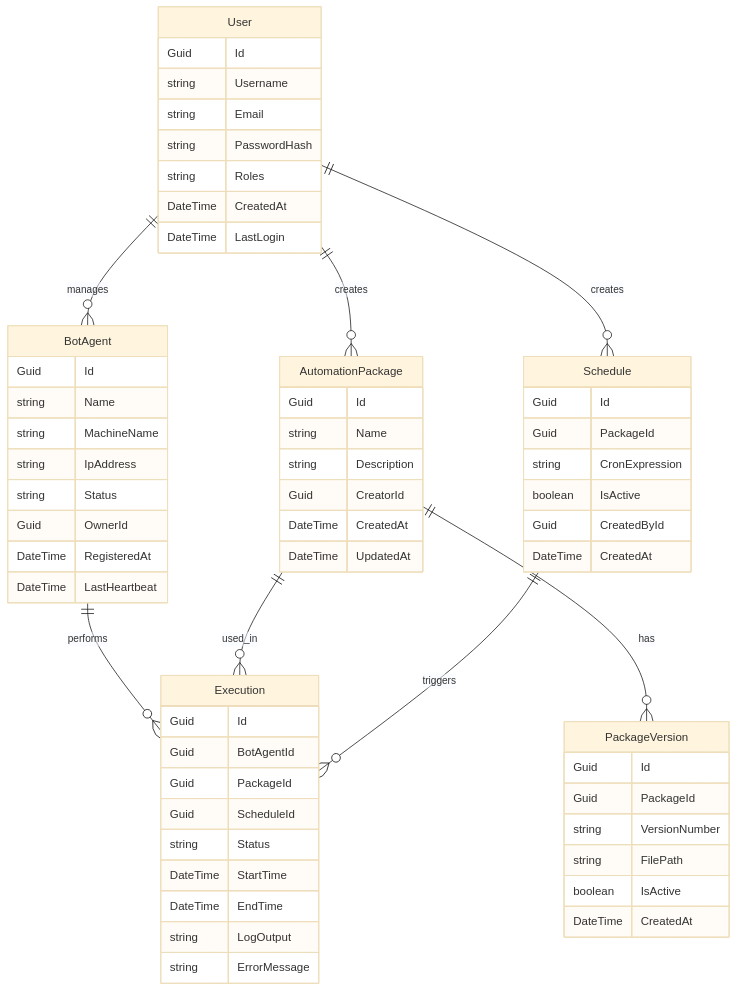
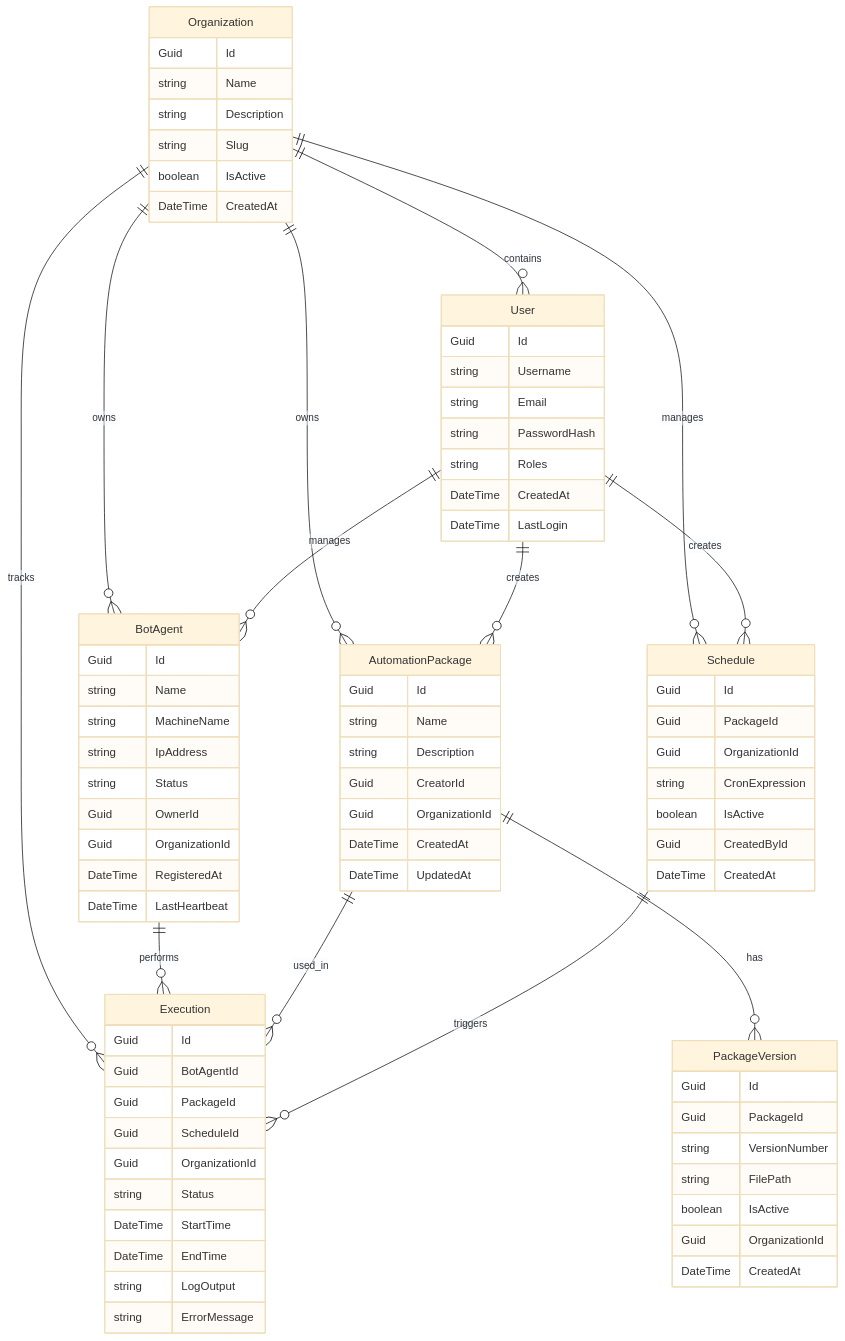
One commit to OpenAutomateOrg/OpenAutomate.Backend changed the second of 4 diagrams in Documentation/TechnicalDesignDocument.md. Above: the diagram before and after it, drawn with Mermaid (base theme). The commit also changed other lines of this file and 42 other files, not shown here.

````diff
--- a/Documentation/TechnicalDesignDocument.md
+++ b/Documentation/TechnicalDesignDocument.md
@@ -40,5 +86,10 @@
 ```mermaid
 erDiagram
+    Organization ||--o{ User : contains
+    Organization ||--o{ BotAgent : owns
+    Organization ||--o{ AutomationPackage : owns
+    Organization ||--o{ Execution : tracks
+    Organization ||--o{ Schedule : manages
     User ||--o{ BotAgent : manages
     User ||--o{ AutomationPackage : creates
     User ||--o{ Schedule : creates
@@ -46,6 +97,15 @@
     BotAgent ||--o{ Execution : performs
     AutomationPackage ||--o{ Execution : used_in
     Schedule ||--o{ Execution : triggers
+    
+    Organization {
+        Guid Id
+        string Name
+        string Description
+        string Slug
+        boolean IsActive
+        DateTime CreatedAt
+    }
     
     User {
         Guid Id
@@ -64,6 +124,7 @@
         string IpAddress
         string Status
         Guid OwnerId
+        Guid OrganizationId
         DateTime RegisteredAt
         DateTime LastHeartbeat
     }
@@ -73,6 +134,7 @@
         string Name
         string Description
         Guid CreatorId
+        Guid OrganizationId
         DateTime CreatedAt
         DateTime UpdatedAt
     }
@@ -83,6 +145,7 @@
         string VersionNumber
         string FilePath
         boolean IsActive
+        Guid OrganizationId
         DateTime CreatedAt
     }
     
@@ -91,6 +154,7 @@
         Guid BotAgentId
         Guid PackageId
         Guid ScheduleId
+        Guid OrganizationId
         string Status
         DateTime StartTime
         DateTime EndTime
@@ -101,6 +165,7 @@
     Schedule {
         Guid Id
         Guid PackageId
+        Guid OrganizationId
         string CronExpression
         boolean IsActive
         Guid CreatedById
````
